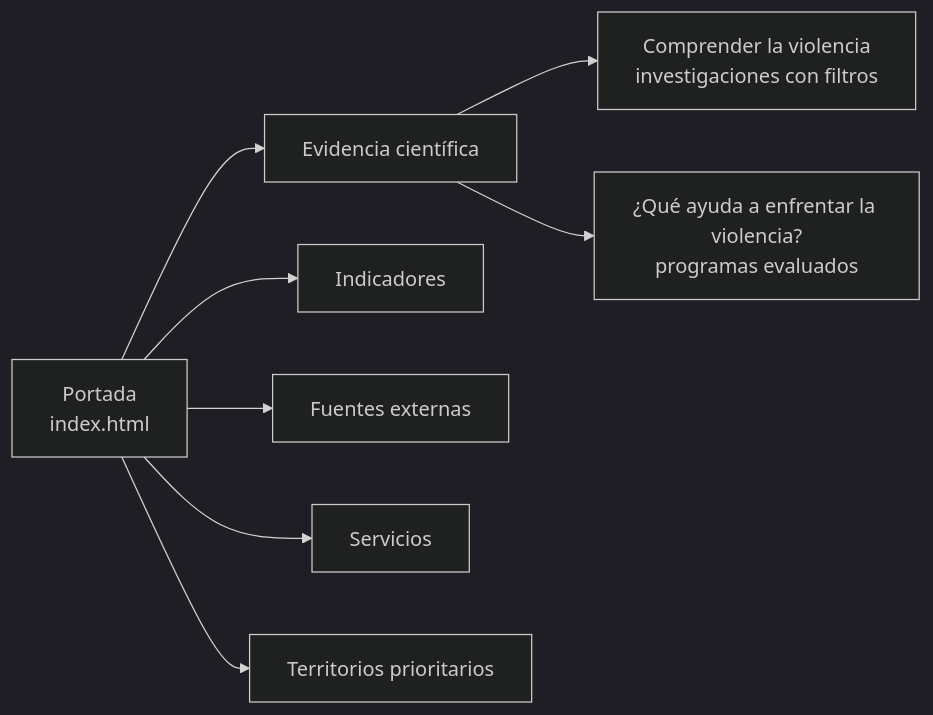
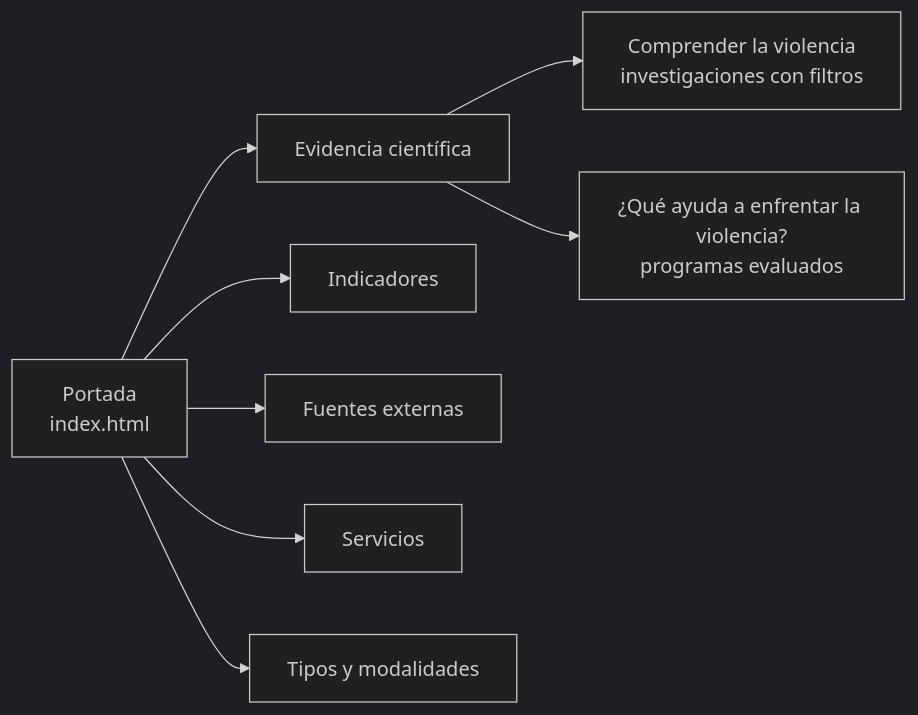
The first of 2 diagrams in README.md (aotero1703/mapa-evidencias-mimp), drawn with Mermaid (dark theme) before and after one commit. The commit also changed other lines of this file and 9 other files, not shown here.

First line of the commit message:
Territorios aparte; Servicios como ruta en 7 pasos con evidencia; guía de tipos y modalidades con casos interactivos

````diff
--- a/README.md
+++ b/README.md
@@ -51,10 +51,10 @@
 ```mermaid
 flowchart LR
     P["Portada<br/>index.html"] --> E["Evidencia científica"]
     P --> T["Indicadores"]
     P --> F["Fuentes externas"]
     P --> S["Servicios"]
-    P --> R["Territorios prioritarios"]
+    P --> G["Tipos y modalidades"]
     E --> C["Comprender la violencia<br/>investigaciones con filtros"]
     E --> Q["¿Qué ayuda a enfrentar la violencia?<br/>programas evaluados"]
 ```
````
